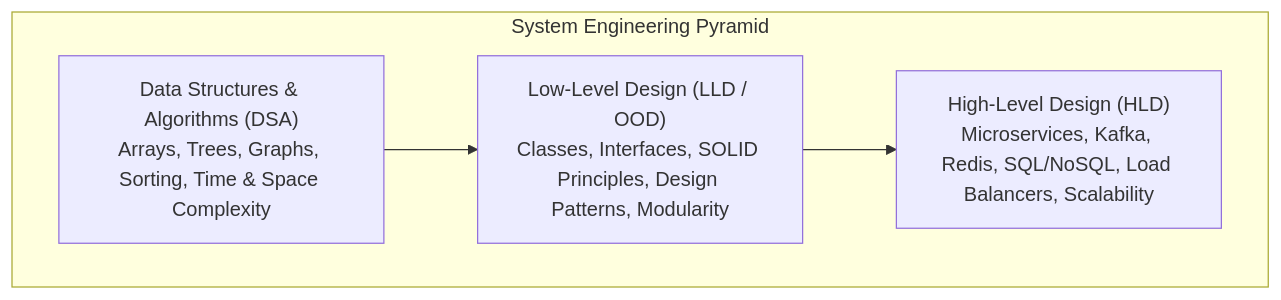
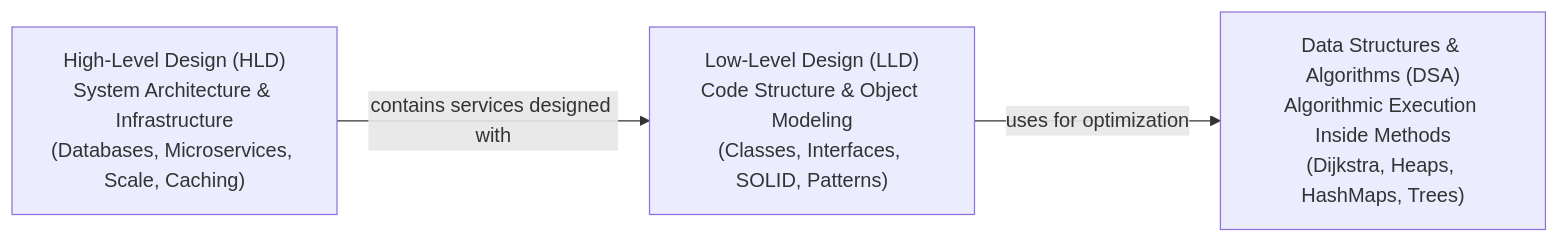
One commit to rohithgowda18/Notes changed the second of 2 diagrams in 04-OOPs-and-Design-Patterns/01-Core-OOPs-and-UML/01-Introduction-To-System-Design.md. Above: the diagram before and after it, drawn with Mermaid. The commit also changed other lines of this file and 30 other files, not shown here.

````diff
--- a/04-OOPs-and-Design-Patterns/01-Core-OOPs-and-UML/01-Introduction-To-System-Design.md
+++ b/04-OOPs-and-Design-Patterns/01-Core-OOPs-and-UML/01-Introduction-To-System-Design.md
@@ -22,10 +169,9 @@
 ```mermaid
-graph TD
-    subgraph "System Engineering Pyramid"
-        HLD["High-Level Design (HLD)<br/>Microservices, Kafka, Redis, SQL/NoSQL, Load Balancers, Scalability"]
-        LLD["Low-Level Design (LLD / OOD)<br/>Classes, Interfaces, SOLID Principles, Design Patterns, Modularity"]
-        DSA["Data Structures & Algorithms (DSA)<br/>Arrays, Trees, Graphs, Sorting, Time & Space Complexity"]
-    end
-    DSA --> LLD
-    LLD --> HLD
+graph LR
+    HLD["High-Level Design (HLD)<br/>System Architecture & Infrastructure<br/>(Databases, Microservices, Scale, Caching)"]
+    LLD["Low-Level Design (LLD)<br/>Code Structure & Object Modeling<br/>(Classes, Interfaces, SOLID, Patterns)"]
+    DSA["Data Structures & Algorithms (DSA)<br/>Algorithmic Execution Inside Methods<br/>(Dijkstra, Heaps, HashMaps, Trees)"]
+
+    HLD -->|contains services designed with| LLD
+    LLD -->|uses for optimization| DSA
 ```
````
